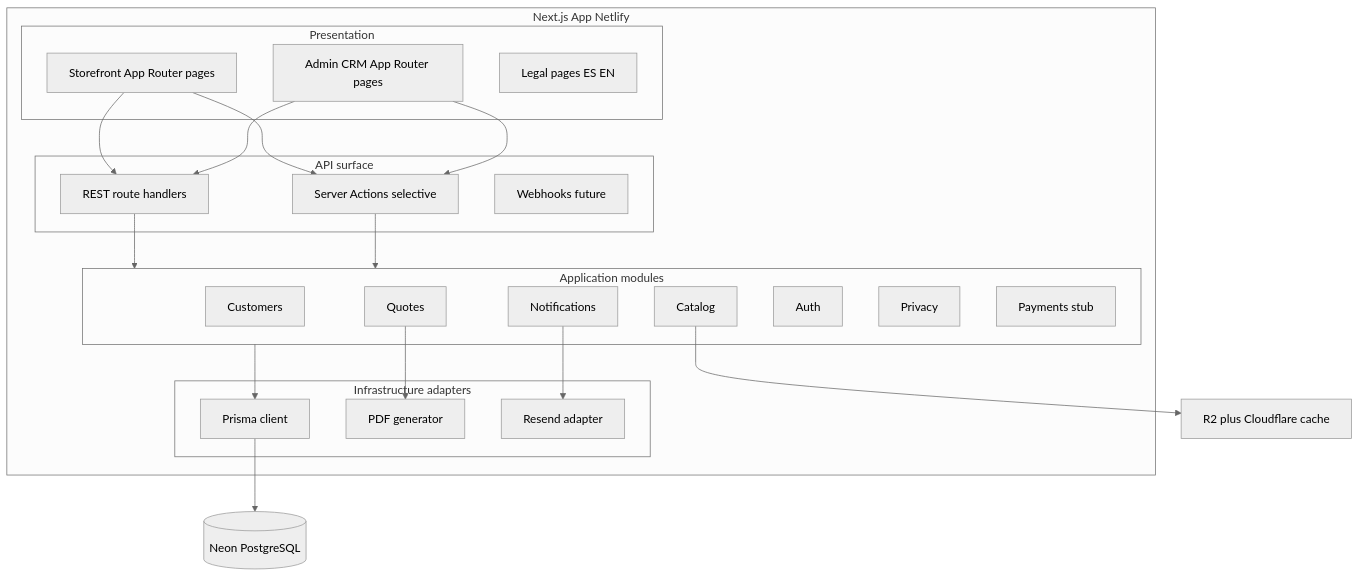
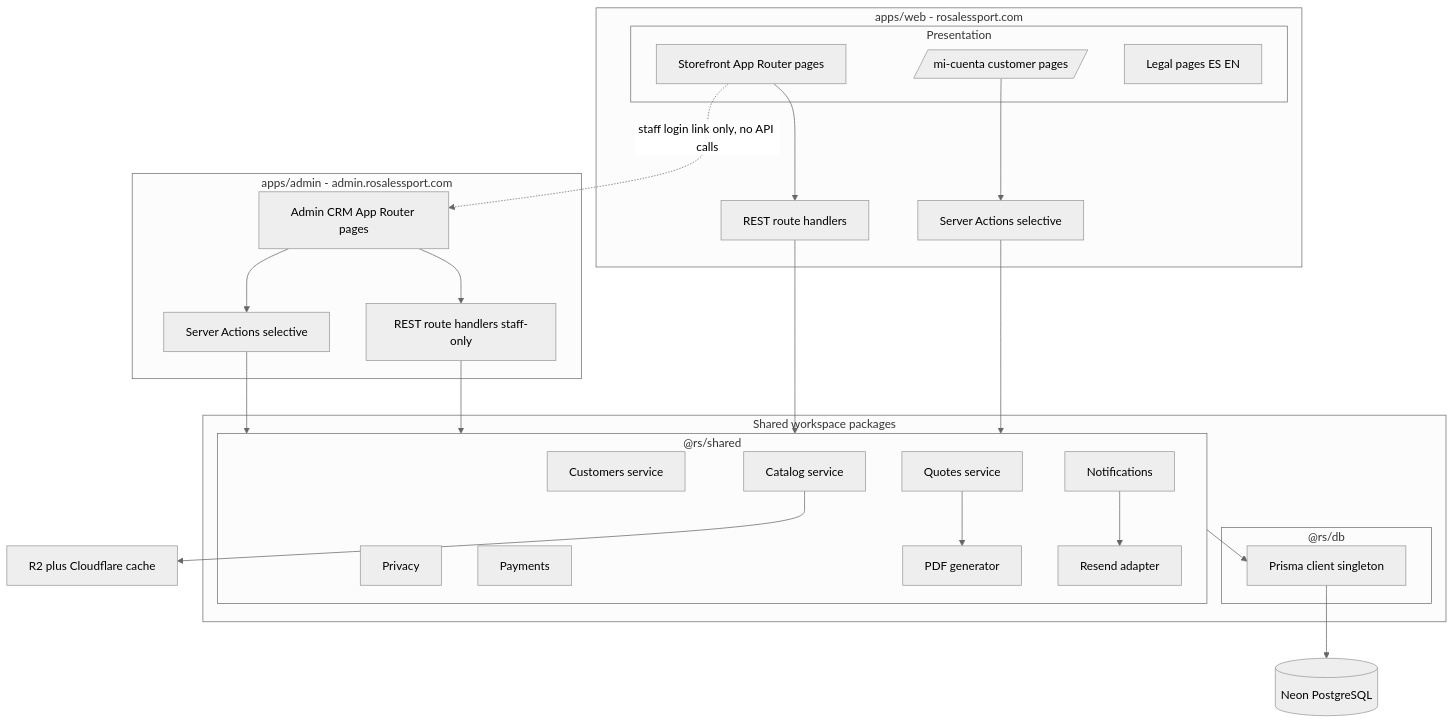
The second of 5 diagrams in docs/architecture/02-website-architecture-plan.md (Eliath1/Rosales_Sport), drawn with Mermaid (neutral theme) before and after one commit. The commit also changed other lines of this file and 226 other files, not shown here.

First line of the commit message:
Split app/ into monorepo (apps/web, apps/admin, packages/db, packages/shared)

````diff
--- a/docs/architecture/02-website-architecture-plan.md
+++ b/docs/architecture/02-website-architecture-plan.md
@@ -110,47 +110,52 @@
 ```mermaid
 flowchart TB
-  subgraph nextjs [Next.js App Netlify]
-    subgraph presentation [Presentation]
+  subgraph webapp ["apps/web - rosalessport.com"]
+    subgraph presentation_web [Presentation]
       SF[Storefront App Router pages]
-      AD[Admin CRM App Router pages]
+      MC[/mi-cuenta customer pages/]
       LEG[Legal pages ES EN]
     end
+    REST_WEB[REST route handlers]
+    SA_WEB[Server Actions selective]
+  end
 
-    subgraph application [Application modules]
-      CUST[Customers]
-      CAT[Catalog]
-      QUO[Quotes]
+  subgraph adminapp ["apps/admin - admin.rosalessport.com"]
+    AD[Admin CRM App Router pages]
+    REST_AD[REST route handlers staff-only]
+    SA_AD[Server Actions selective]
+  end
+
+  subgraph packages [Shared workspace packages]
+    subgraph dbpkg ["@rs/db"]
+      PRISMA[Prisma client singleton]
+    end
+    subgraph sharedpkg ["@rs/shared"]
+      CUST[Customers service]
+      CAT[Catalog service]
+      QUO[Quotes service]
       NOT[Notifications]
-      AUTH[Auth]
       PRV[Privacy]
-      PAY[Payments stub]
-    end
-
-    subgraph api [API surface]
-      REST[REST route handlers]
-      SA[Server Actions selective]
-      WH[Webhooks future]
-    end
-
-    subgraph infra [Infrastructure adapters]
-      PRISMA[Prisma client]
+      PAY[Payments]
       PDF[PDF generator]
       MAIL[Resend adapter]
     end
   end
 
   DB[(Neon PostgreSQL)]
   CDN[R2 plus Cloudflare cache]
 
-  SF --> REST
-  AD --> REST
-  SF --> SA
-  AD --> SA
-  REST --> application
-  SA --> application
-  application --> PRISMA
+  SF --> REST_WEB
+  MC --> SA_WEB
+  AD --> REST_AD
+  AD --> SA_AD
+  REST_WEB --> sharedpkg
+  REST_AD --> sharedpkg
+  SA_WEB --> sharedpkg
+  SA_AD --> sharedpkg
+  sharedpkg --> PRISMA
   PRISMA --> DB
   CAT --> CDN
   QUO --> PDF
   NOT --> MAIL
+  SF -. "staff login link only, no API calls" .-> AD
 ```
````
